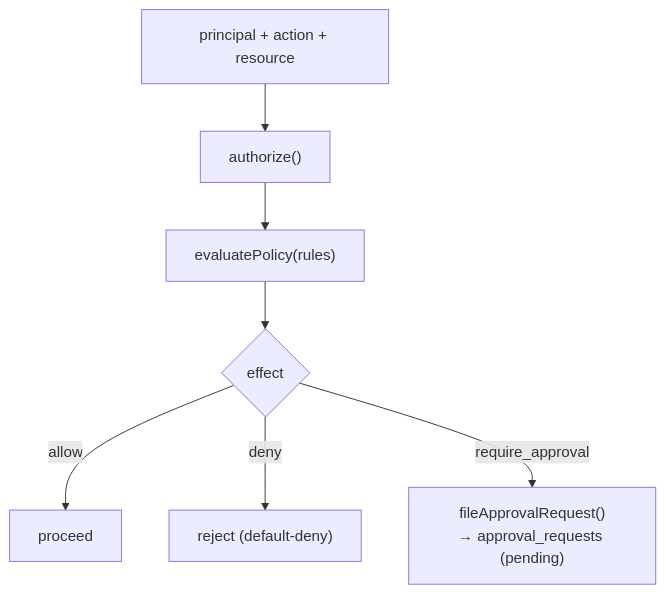
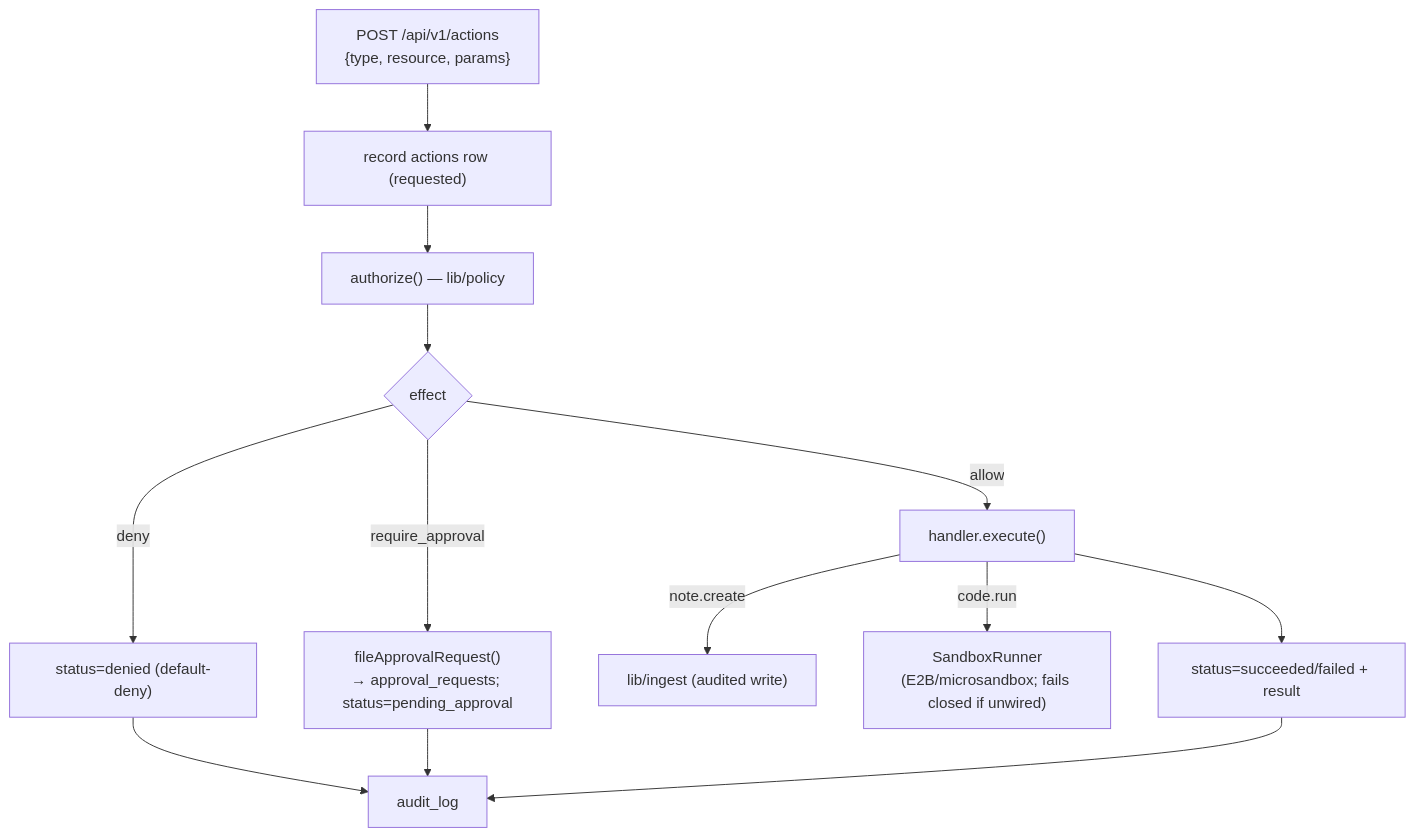
Before and after one commit to aiosbrain/aios-team-brain: the fifth of 6 diagrams in docs/ARCHITECTURE.md, drawn with Mermaid. The commit also changed other lines of this file and 8 other files, not shown here.

First line of the commit message:
feat: action layer (Organ 4) — policy-gated execution

````diff
--- a/docs/ARCHITECTURE.md
+++ b/docs/ARCHITECTURE.md
@@ -125,9 +125,13 @@
 ```mermaid
 flowchart TD
-  REQ["principal + action + resource"] --> AUTH["authorize()"]
-  AUTH --> EV["evaluatePolicy(rules)"]
-  EV --> D{effect}
-  D -- allow --> ACT["proceed"]
-  D -- deny --> STOP["reject (default-deny)"]
-  D -- require_approval --> Q["fileApprovalRequest()<br/>→ approval_requests (pending)"]
+  REQ["POST /api/v1/actions<br/>{type, resource, params}"] --> REC["record actions row (requested)"]
+  REC --> AUTH["authorize() — lib/policy"]
+  AUTH --> D{effect}
+  D -- deny --> DEN["status=denied (default-deny)"]
+  D -- require_approval --> Q["fileApprovalRequest()<br/>→ approval_requests; status=pending_approval"]
+  D -- allow --> H["handler.execute()"]
+  H -- "note.create" --> ING["lib/ingest (audited write)"]
+  H -- "code.run" --> SBX["SandboxRunner<br/>(E2B/microsandbox; fails closed if unwired)"]
+  H --> RES["status=succeeded/failed + result"]
+  DEN & Q & RES --> AUD["audit_log"]
 ```
````
